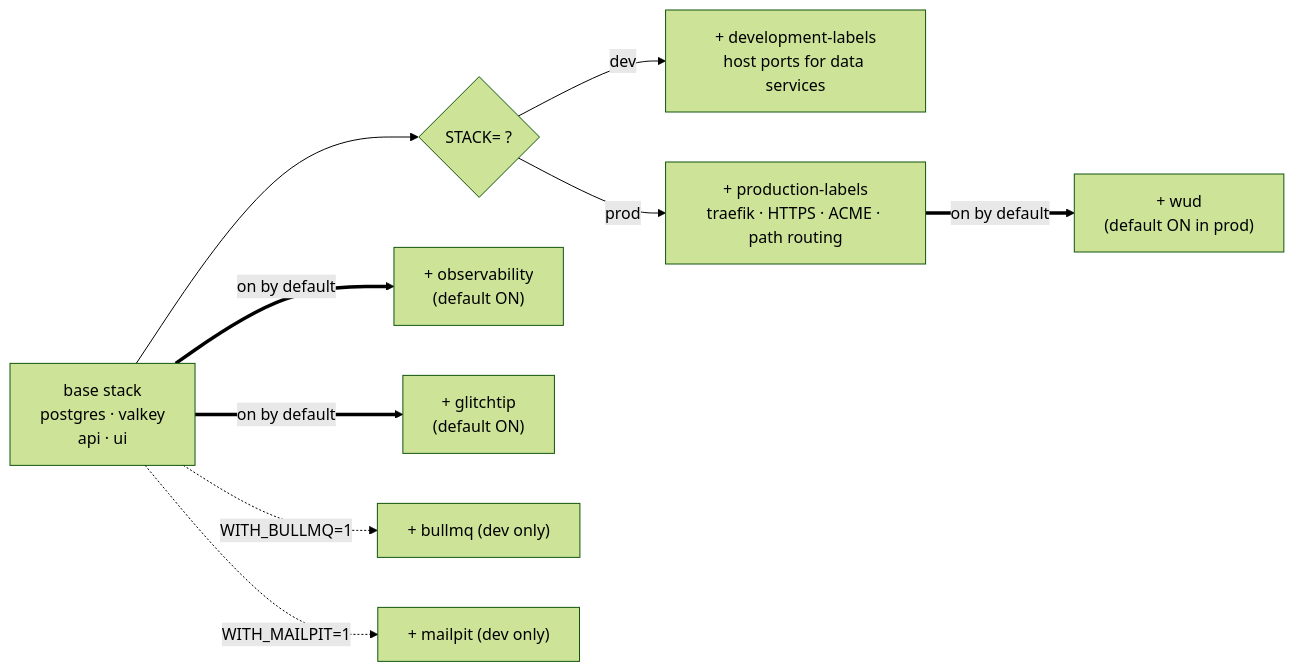
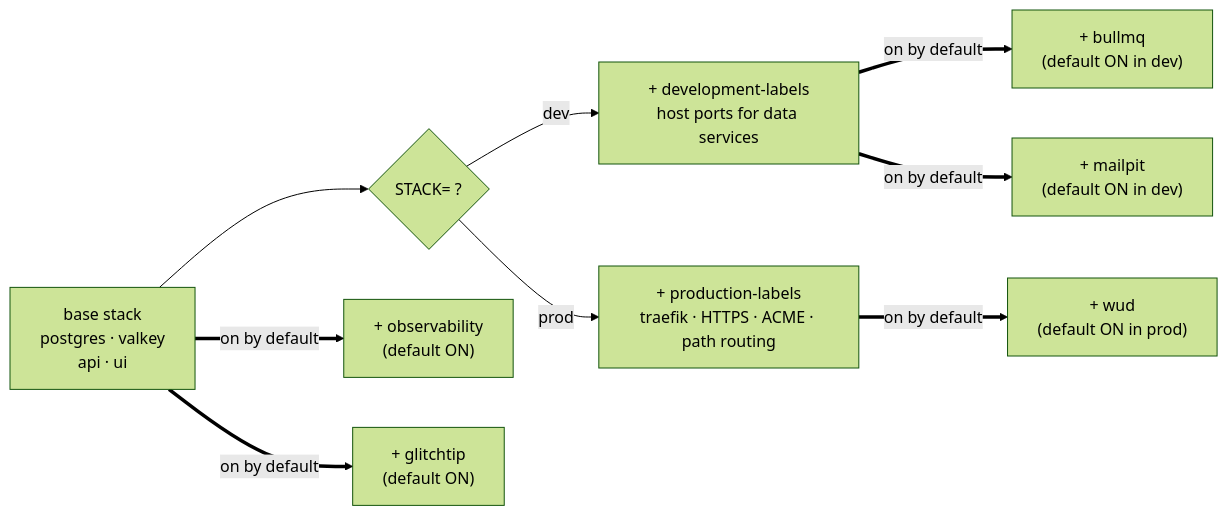
The diagram in apps/docs/src/content/docs/infra/profiles-and-overlays.mdx (boringstack-xyz/boringstack), drawn with Mermaid (forest theme) before and after one commit. The commit also changed other lines of this file and 6 other files, not shown here.

````diff
--- a/apps/docs/src/content/docs/infra/profiles-and-overlays.mdx
+++ b/apps/docs/src/content/docs/infra/profiles-and-overlays.mdx
@@ -12,20 +12,20 @@
 ```mermaid
 flowchart LR
   base["base stack<br/>postgres · valkey<br/>api · ui"]
   stack{"STACK= ?"}
   dev["+ development-labels<br/>host ports for data services"]
   prod["+ production-labels<br/>traefik · HTTPS · ACME · path routing"]
   obs["+ observability<br/>(default ON)"]
   glitch["+ glitchtip<br/>(default ON)"]
   wud["+ wud<br/>(default ON in prod)"]
-  bullmq["+ bullmq (dev only)"]
-  mailpit["+ mailpit (dev only)"]
+  bullmq["+ bullmq<br/>(default ON in dev)"]
+  mailpit["+ mailpit<br/>(default ON in dev)"]
   base --> stack
   stack -->|dev| dev
   stack -->|prod| prod
   base ==>|on by default| obs
   base ==>|on by default| glitch
   prod ==>|on by default| wud
-  base -.->|WITH_BULLMQ=1| bullmq
-  base -.->|WITH_MAILPIT=1| mailpit
+  dev ==>|on by default| bullmq
+  dev ==>|on by default| mailpit
 ```
````
